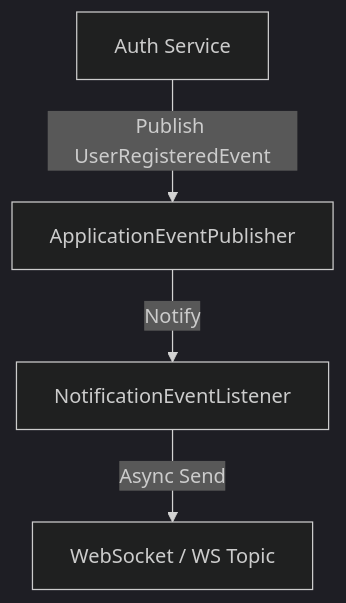
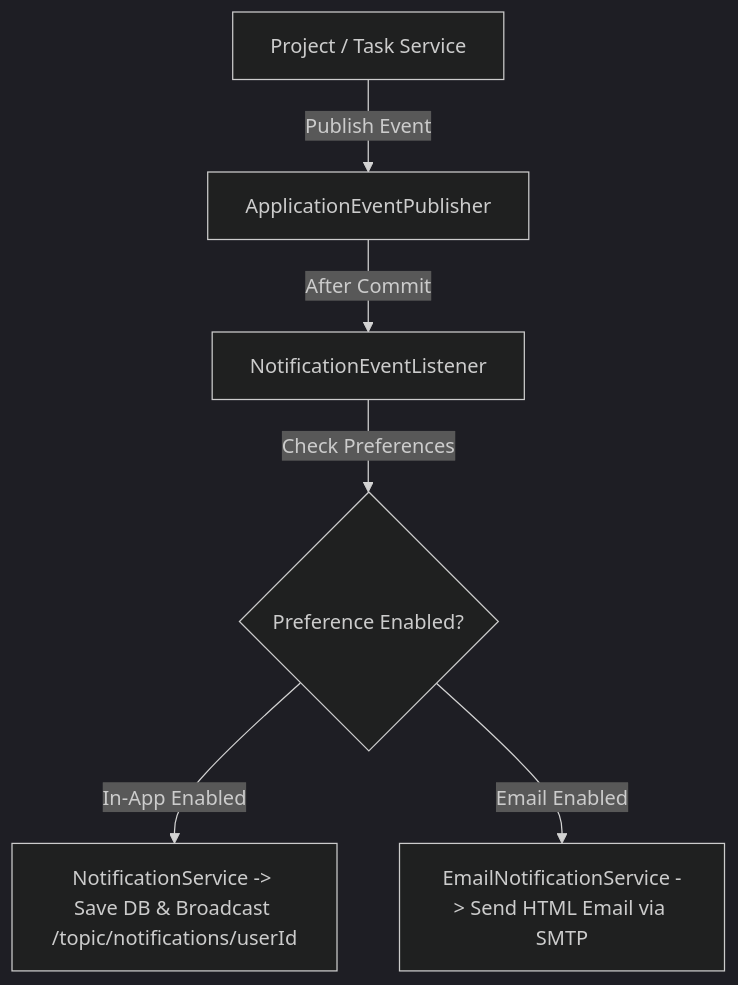
One commit to 123suraj-sky/DevOps-Suite changed the third of 3 diagrams in docs/05-lld-detailed-design.md. Above: the diagram before and after it, drawn with Mermaid (dark theme). The commit also changed other lines of this file and 11 other files, not shown here.

````diff
--- a/docs/05-lld-detailed-design.md
+++ b/docs/05-lld-detailed-design.md
@@ -79,6 +92,8 @@
 ```mermaid
 flowchart TD
-    Auth[Auth Service] -->|Publish UserRegisteredEvent| Publisher[ApplicationEventPublisher]
-    Publisher -->|Notify| Listener[NotificationEventListener]
-    Listener -->|Async Send| WebSocket[WebSocket / WS Topic]
+    Domain[Project / Task Service] -->|Publish Event| Publisher[ApplicationEventPublisher]
+    Publisher -->|After Commit| Listener[NotificationEventListener]
+    Listener -->|Check Preferences| Prefs{Preference Enabled?}
+    Prefs -->|In-App Enabled| InApp[NotificationService -> Save DB & Broadcast /topic/notifications/userId]
+    Prefs -->|Email Enabled| Email[EmailNotificationService -> Send HTML Email via SMTP]
 ```
````
